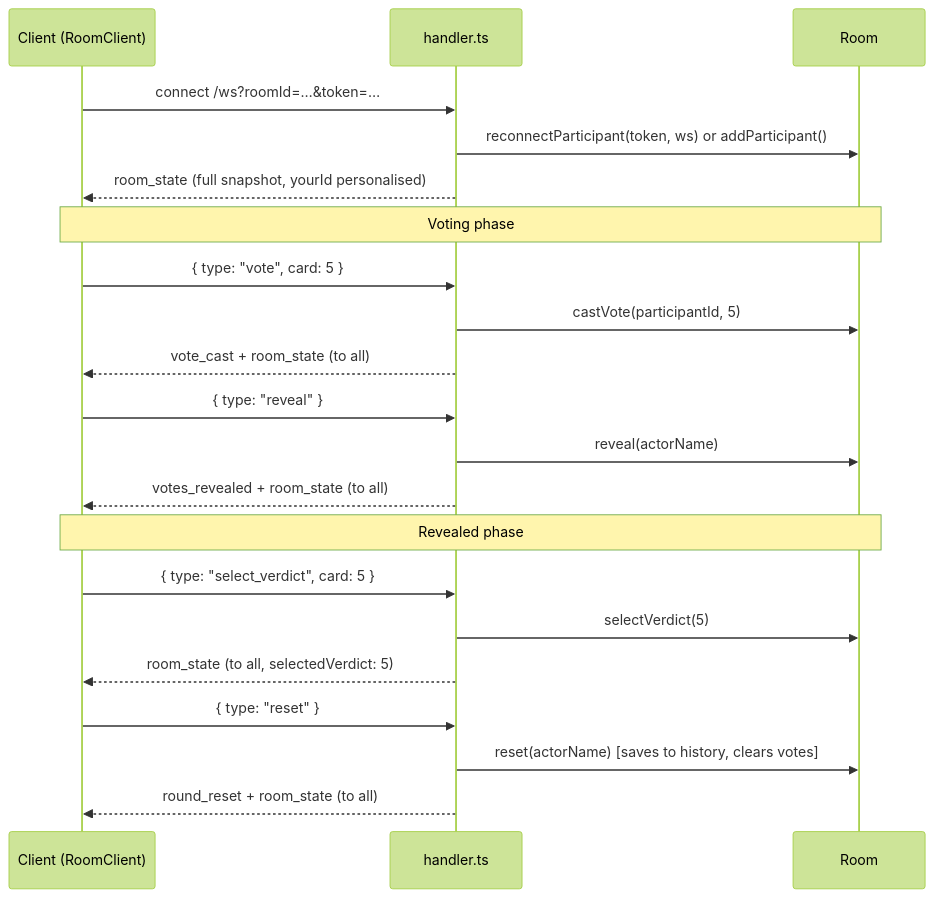
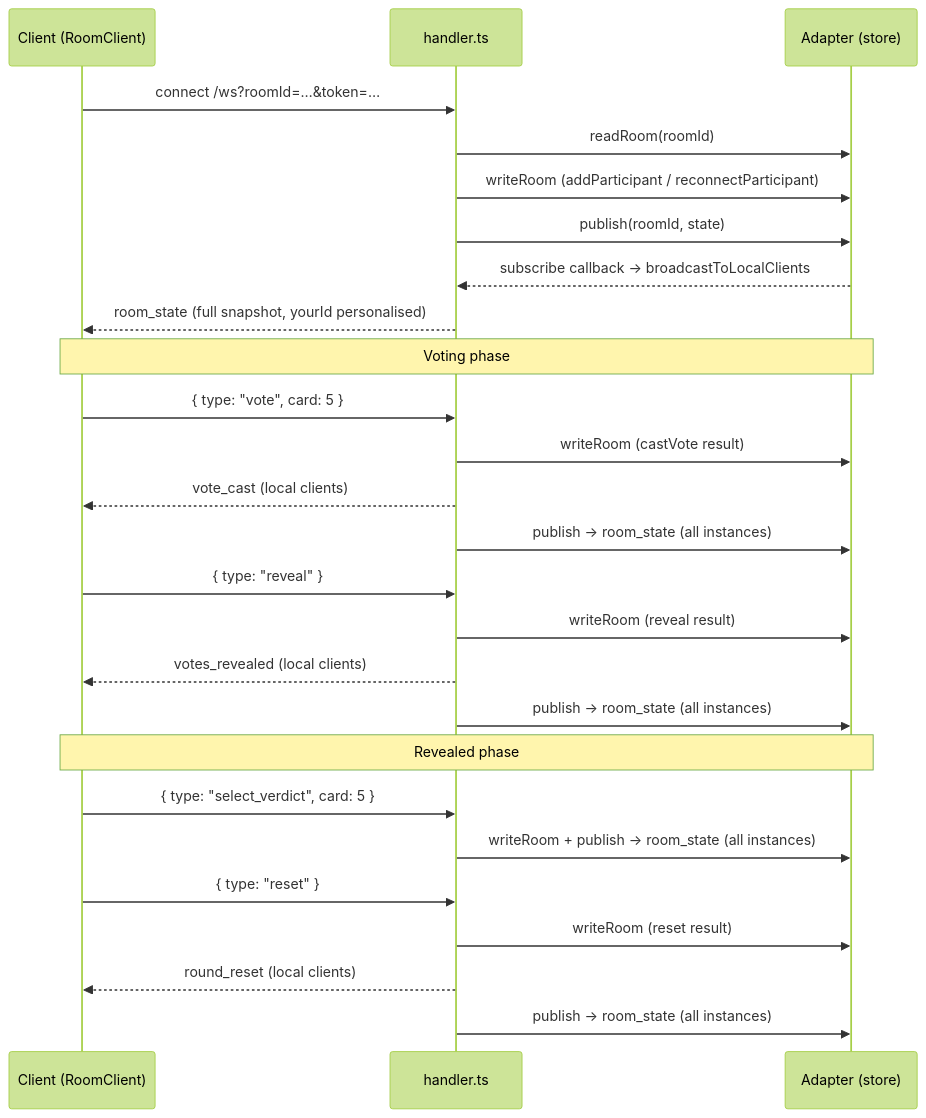
Before and after one commit to dozham/scrumpokr: the second of 2 diagrams in docs/architecture.md, drawn with Mermaid (forest theme). The commit also changed other lines of this file and 1 other file, not shown here.

Commit message:
docs: update architecture.md and CLAUDE.md for adapter-based store

````diff
--- a/docs/architecture.md
+++ b/docs/architecture.md
@@ -59,28 +89,33 @@
 ```mermaid
 sequenceDiagram
     participant C as Client (RoomClient)
     participant H as handler.ts
-    participant R as Room
+    participant A as Adapter (store)
 
     C->>H: connect /ws?roomId=…&token=…
-    H->>R: reconnectParticipant(token, ws) or addParticipant()
+    H->>A: readRoom(roomId)
+    H->>A: writeRoom (addParticipant / reconnectParticipant)
+    H->>A: publish(roomId, state)
+    A-->>H: subscribe callback → broadcastToLocalClients
     H-->>C: room_state (full snapshot, yourId personalised)
 
-    Note over C,R: Voting phase
+    Note over C,A: Voting phase
     C->>H: { type: "vote", card: 5 }
-    H->>R: castVote(participantId, 5)
-    H-->>C: vote_cast + room_state (to all)
+    H->>A: writeRoom (castVote result)
+    H-->>C: vote_cast (local clients)
+    H->>A: publish → room_state (all instances)
 
     C->>H: { type: "reveal" }
-    H->>R: reveal(actorName)
-    H-->>C: votes_revealed + room_state (to all)
+    H->>A: writeRoom (reveal result)
+    H-->>C: votes_revealed (local clients)
+    H->>A: publish → room_state (all instances)
 
-    Note over C,R: Revealed phase
+    Note over C,A: Revealed phase
     C->>H: { type: "select_verdict", card: 5 }
-    H->>R: selectVerdict(5)
-    H-->>C: room_state (to all, selectedVerdict: 5)
+    H->>A: writeRoom + publish → room_state (all instances)
 
     C->>H: { type: "reset" }
-    H->>R: reset(actorName)  [saves to history, clears votes]
-    H-->>C: round_reset + room_state (to all)
+    H->>A: writeRoom (reset result)
+    H-->>C: round_reset (local clients)
+    H->>A: publish → room_state (all instances)
 ```
````
